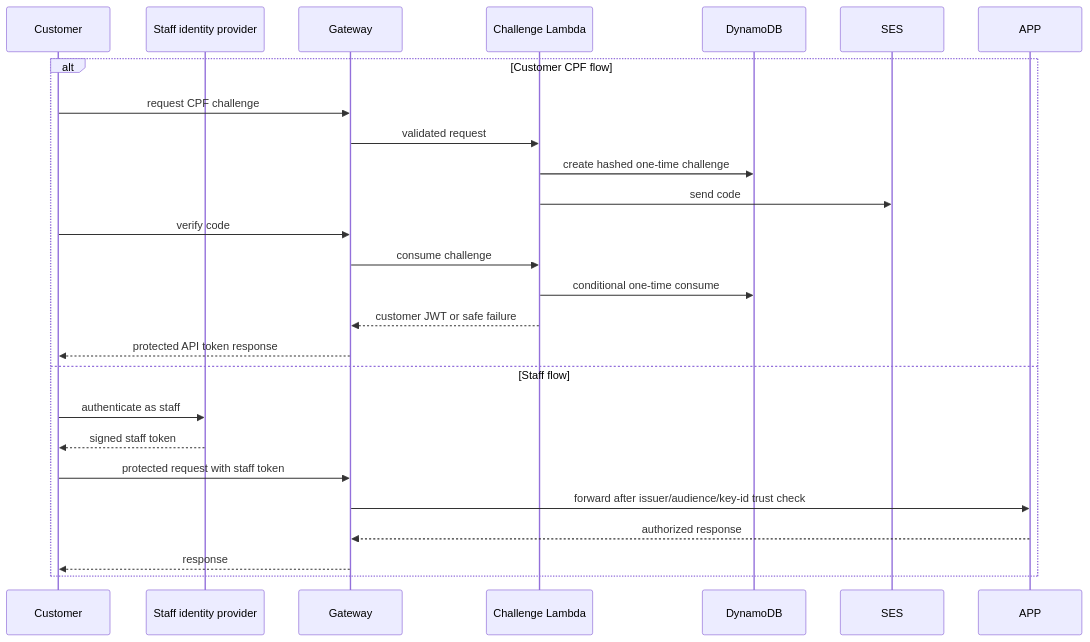
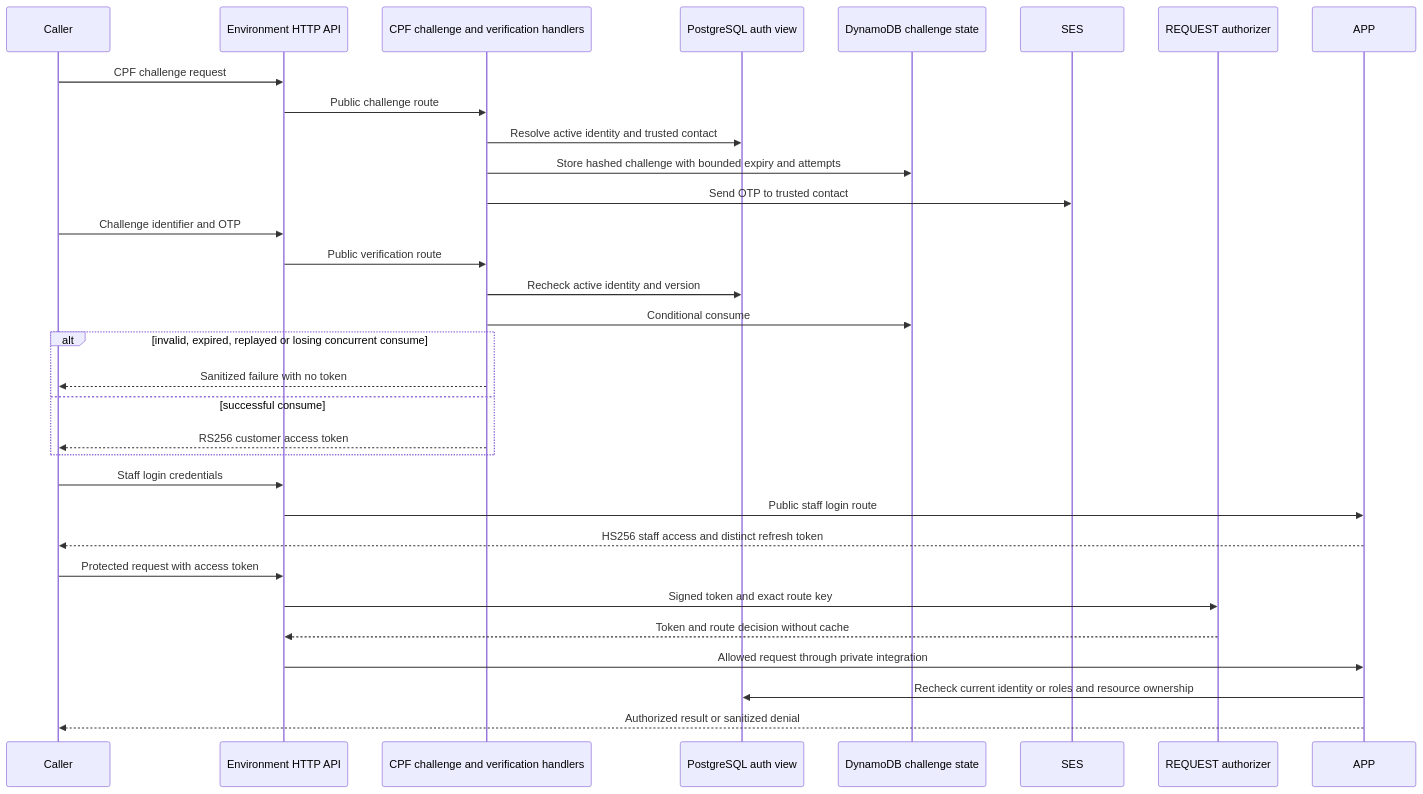
Before and after one commit to rafaelxvr/Tech-challenge-15SOAT: the diagram in docs/phase-3/architecture/authentication-sequence.md, drawn with Mermaid. The commit also changed other lines of this file and 9 other files, not shown here.

Commit message:
docs: align architecture evidence and staged acceptance gaps

````diff
--- a/docs/phase-3/architecture/authentication-sequence.md
+++ b/docs/phase-3/architecture/authentication-sequence.md
@@ -3,28 +3,34 @@
 ```mermaid
 sequenceDiagram
-participant C as Customer
-participant T as Staff identity provider
-participant G as Gateway
-participant F as Challenge Lambda
-participant D as DynamoDB
-participant S as SES
-participant A as APP
-alt Customer CPF flow
-    C->>G: request CPF challenge
-    G->>F: validated request
-    F->>D: create hashed one-time challenge
-    F->>S: send code
-    C->>G: verify code
-    G->>F: consume challenge
-    F->>D: conditional one-time consume
-    F-->>G: customer JWT or safe failure
-    G-->>C: protected API token response
-else Staff flow
-    C->>T: authenticate as staff
-    T-->>C: signed staff token
-    C->>G: protected request with staff token
-    G->>A: forward after issuer/audience/key-id trust check
-    A-->>G: authorized response
-    G-->>C: response
-end
+  participant C as Caller
+  participant G as Environment HTTP API
+  participant F as CPF challenge and verification handlers
+  participant P as PostgreSQL auth view
+  participant D as DynamoDB challenge state
+  participant S as SES
+  participant Z as REQUEST authorizer
+  participant A as APP
+  C->>G: CPF challenge request
+  G->>F: Public challenge route
+  F->>P: Resolve active identity and trusted contact
+  F->>D: Store hashed challenge with bounded expiry and attempts
+  F->>S: Send OTP to trusted contact
+  C->>G: Challenge identifier and OTP
+  G->>F: Public verification route
+  F->>P: Recheck active identity and version
+  F->>D: Conditional consume
+  alt invalid, expired, replayed or losing concurrent consume
+    F-->>C: Sanitized failure with no token
+  else successful consume
+    F-->>C: RS256 customer access token
+  end
+  C->>G: Staff login credentials
+  G->>A: Public staff login route
+  A-->>C: HS256 staff access and distinct refresh token
+  C->>G: Protected request with access token
+  G->>Z: Signed token and exact route key
+  Z-->>G: Token and route decision without cache
+  G->>A: Allowed request through private integration
+  A->>P: Recheck current identity or roles and resource ownership
+  A-->>C: Authorized result or sanitized denial
 ```
````
